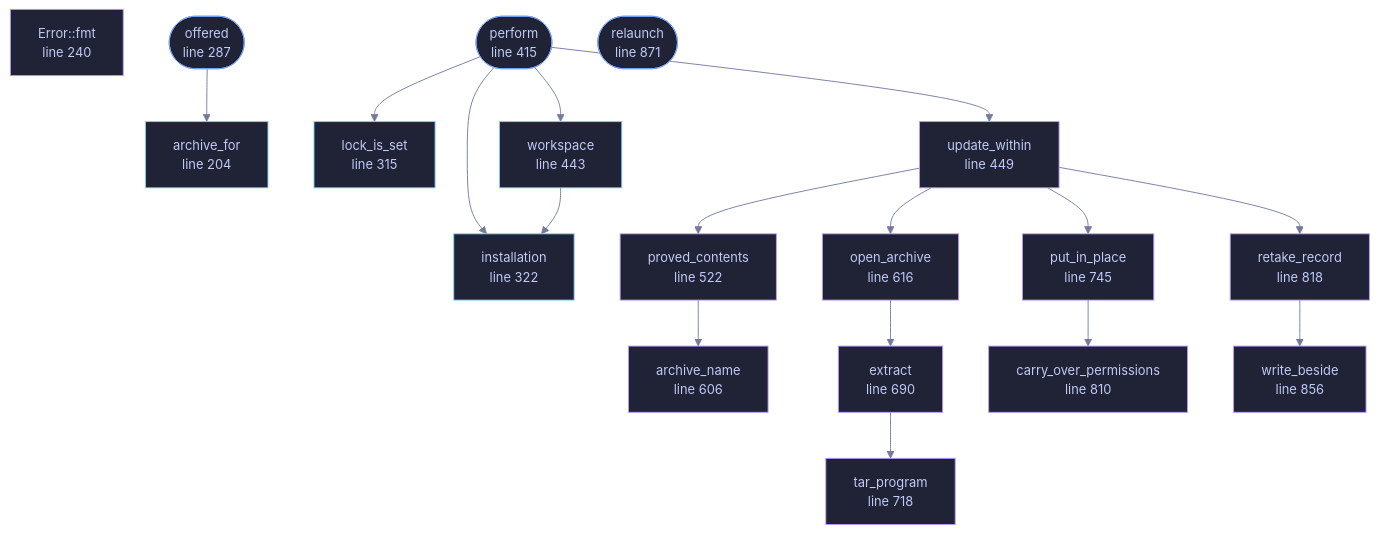
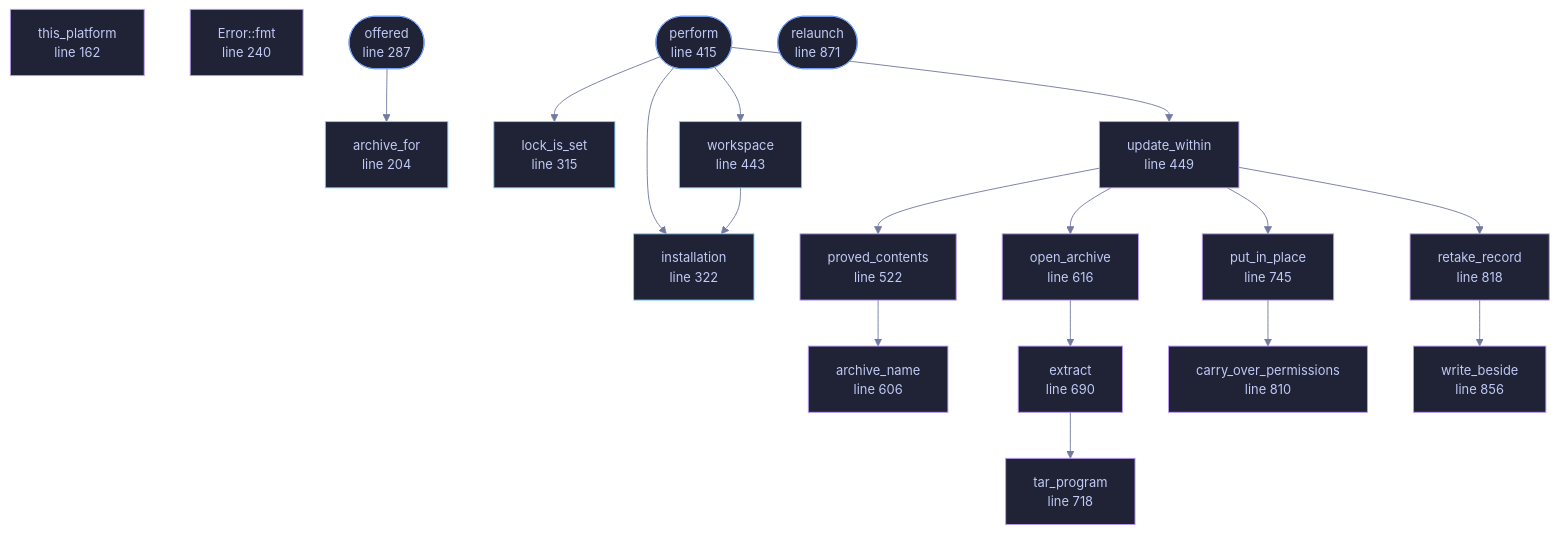
One commit to tilas01/veilvoice changed the diagram in docs/files/veilvoice-verify/update.md. Above: the diagram before and after it, drawn with Mermaid. The commit also changed other lines of this file and 21 other files, not shown here.

````diff
--- a/docs/files/veilvoice-verify/update.md
+++ b/docs/files/veilvoice-verify/update.md
@@ -182,63 +182,65 @@
 ```mermaid
 %%{init: {"theme":"base","themeVariables":{"background":"#1a1b26","primaryColor":"#1f2335","primaryTextColor":"#c0caf5","primaryBorderColor":"#7aa2f7","secondaryColor":"#16161e","tertiaryColor":"#16161e","lineColor":"#737aa2","textColor":"#c0caf5","mainBkg":"#1f2335","nodeBorder":"#7aa2f7","clusterBkg":"#16161e","clusterBorder":"#2f3549","fontFamily":"ui-monospace, SFMono-Regular, Consolas, monospace","fontSize":"14px"}}}%%
 flowchart TD
+    n_this_platform["this_platform<br/>line 162"]
     n_archive_for["archive_for<br/>line 204"]
     n_fmt["Error::fmt<br/>line 240"]
     n_offered(["offered<br/>line 287"])
     n_lock_is_set["lock_is_set<br/>line 315"]
     n_installation["installation<br/>line 322"]
     n_perform(["perform<br/>line 415"])
     n_workspace["workspace<br/>line 443"]
     n_update_within["update_within<br/>line 449"]
     n_proved_contents["proved_contents<br/>line 522"]
     n_archive_name["archive_name<br/>line 606"]
     n_open_archive["open_archive<br/>line 616"]
     n_extract["extract<br/>line 690"]
     n_tar_program["tar_program<br/>line 718"]
     n_put_in_place["put_in_place<br/>line 745"]
     n_carry_over_permissions["carry_over_permissions<br/>line 800"]
     n_carry_over_permissions["carry_over_permissions<br/>line 810"]
     n_retake_record["retake_record<br/>line 818"]
     n_write_beside["write_beside<br/>line 856"]
     n_relaunch(["relaunch<br/>line 871"])
     n_extract --> n_tar_program
     n_offered --> n_archive_for
     n_open_archive --> n_extract
     n_perform --> n_installation
     n_perform --> n_lock_is_set
     n_perform --> n_update_within
     n_perform --> n_workspace
     n_proved_contents --> n_archive_name
     n_put_in_place --> n_carry_over_permissions
     n_retake_record --> n_write_beside
     n_update_within --> n_open_archive
     n_update_within --> n_proved_contents
     n_update_within --> n_put_in_place
     n_update_within --> n_retake_record
     n_workspace --> n_installation
+    click n_this_platform href "https://github.com/tilas01/veilvoice/blob/main/crates/veilvoice-verify/src/update.rs#L162" "open the source"
     click n_archive_for href "https://github.com/tilas01/veilvoice/blob/main/crates/veilvoice-verify/src/update.rs#L204" "open the source"
     click n_fmt href "https://github.com/tilas01/veilvoice/blob/main/crates/veilvoice-verify/src/update.rs#L240" "open the source"
     click n_offered href "https://github.com/tilas01/veilvoice/blob/main/crates/veilvoice-verify/src/update.rs#L287" "open the source"
     click n_lock_is_set href "https://github.com/tilas01/veilvoice/blob/main/crates/veilvoice-verify/src/update.rs#L315" "open the source"
     click n_installation href "https://github.com/tilas01/veilvoice/blob/main/crates/veilvoice-verify/src/update.rs#L322" "open the source"
     click n_perform href "https://github.com/tilas01/veilvoice/blob/main/crates/veilvoice-verify/src/update.rs#L415" "open the source"
     click n_workspace href "https://github.com/tilas01/veilvoice/blob/main/crates/veilvoice-verify/src/update.rs#L443" "open the source"
     click n_update_within href "https://github.com/tilas01/veilvoice/blob/main/crates/veilvoice-verify/src/update.rs#L449" "open the source"
     click n_proved_contents href "https://github.com/tilas01/veilvoice/blob/main/crates/veilvoice-verify/src/update.rs#L522" "open the source"
     click n_archive_name href "https://github.com/tilas01/veilvoice/blob/main/crates/veilvoice-verify/src/update.rs#L606" "open the source"
     click n_open_archive href "https://github.com/tilas01/veilvoice/blob/main/crates/veilvoice-verify/src/update.rs#L616" "open the source"
     click n_extract href "https://github.com/tilas01/veilvoice/blob/main/crates/veilvoice-verify/src/update.rs#L690" "open the source"
     click n_tar_program href "https://github.com/tilas01/veilvoice/blob/main/crates/veilvoice-verify/src/update.rs#L718" "open the source"
     click n_put_in_place href "https://github.com/tilas01/veilvoice/blob/main/crates/veilvoice-verify/src/update.rs#L745" "open the source"
     click n_carry_over_permissions href "https://github.com/tilas01/veilvoice/blob/main/crates/veilvoice-verify/src/update.rs#L800" "open the source"
     click n_carry_over_permissions href "https://github.com/tilas01/veilvoice/blob/main/crates/veilvoice-verify/src/update.rs#L810" "open the source"
     click n_retake_record href "https://github.com/tilas01/veilvoice/blob/main/crates/veilvoice-verify/src/update.rs#L818" "open the source"
     click n_write_beside href "https://github.com/tilas01/veilvoice/blob/main/crates/veilvoice-verify/src/update.rs#L856" "open the source"
     click n_relaunch href "https://github.com/tilas01/veilvoice/blob/main/crates/veilvoice-verify/src/update.rs#L871" "open the source"
     classDef entry fill:#1f2335,stroke:#7aa2f7,color:#c0caf5
     class n_offered,n_perform,n_relaunch entry
     classDef api fill:#1f2335,stroke:#7dcfff,color:#c0caf5
     class n_archive_for,n_lock_is_set,n_installation,n_workspace api
     classDef helper fill:#1f2335,stroke:#bb9af7,color:#c0caf5
-    class n_fmt,n_update_within,n_proved_contents,n_archive_name,n_open_archive,n_extract,n_tar_program,n_put_in_place,n_carry_over_permissions,n_carry_over_permissions,n_retake_record,n_write_beside helper
+    class n_this_platform,n_fmt,n_update_within,n_proved_contents,n_archive_name,n_open_archive,n_extract,n_tar_program,n_put_in_place,n_carry_over_permissions,n_carry_over_permissions,n_retake_record,n_write_beside helper
 ```
````
